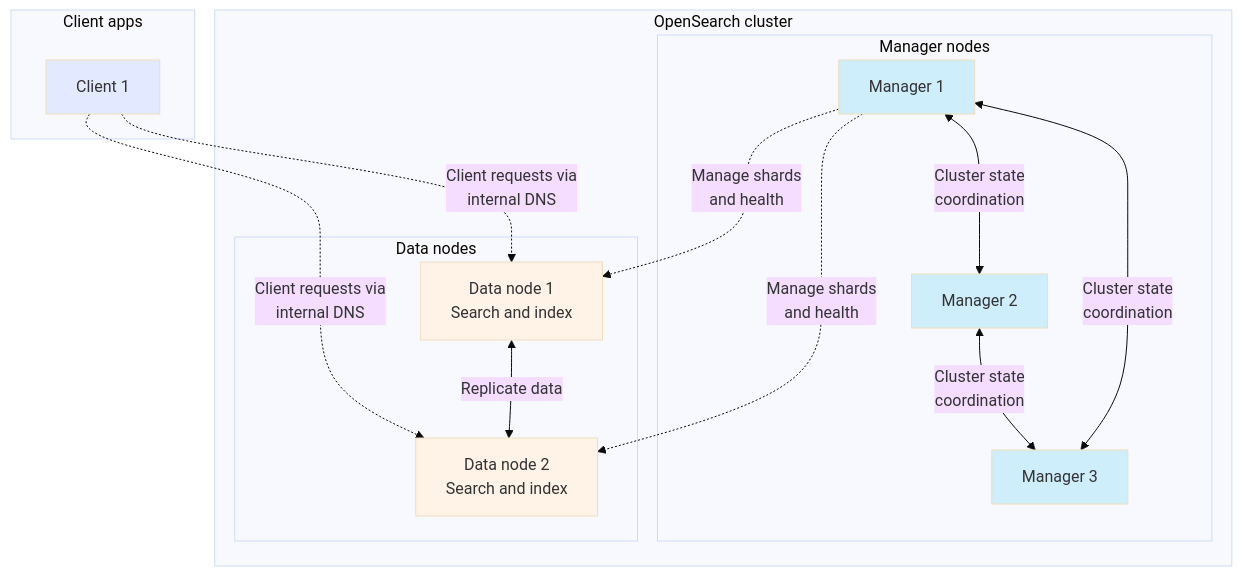
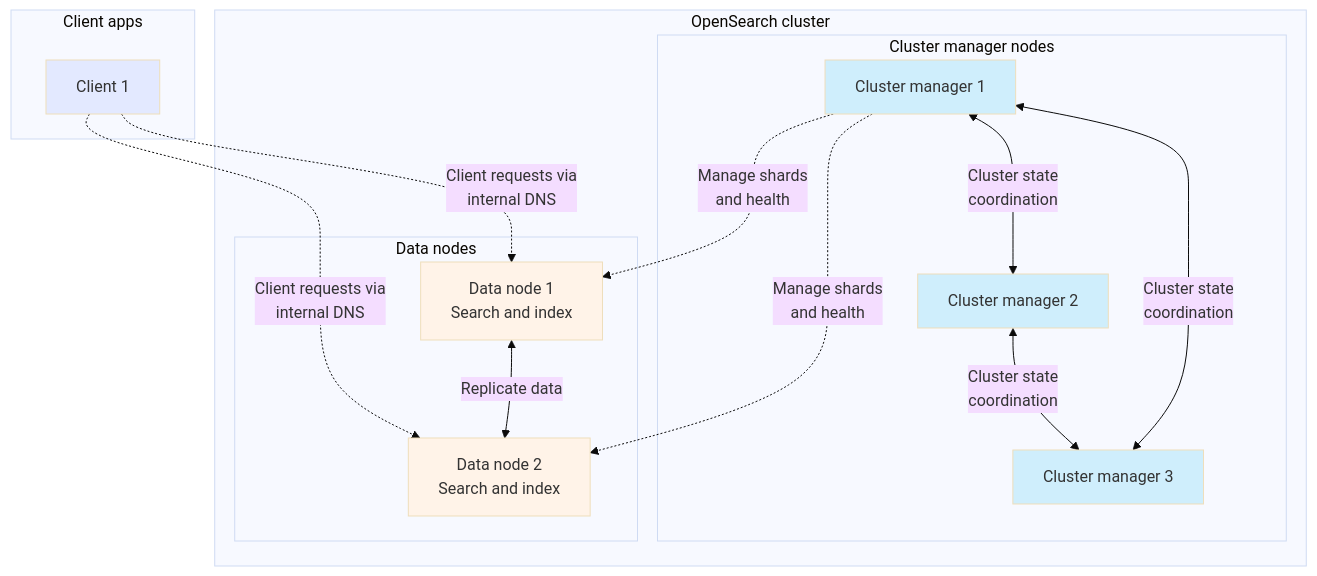
Before and after one commit to aiven/aiven-docs: the diagram in docs/products/opensearch/concepts/dedicated-node-roles.md, drawn with Mermaid (base theme). The commit also changed other lines of this file, not shown here.

````diff
--- a/docs/products/opensearch/concepts/dedicated-node-roles.md
+++ b/docs/products/opensearch/concepts/dedicated-node-roles.md
@@ -48,38 +54,38 @@
 ```mermaid
 graph TB
     subgraph "Client apps"
         C1[Client 1]
     end
 
     subgraph "OpenSearch cluster"
-        subgraph "Manager nodes"
-            CM1[Manager 1]
-            CM2[Manager 2]
-            CM3[Manager 3]
+        subgraph "Cluster manager nodes"
+            CM1[Cluster manager 1]
+            CM2[Cluster manager 2]
+            CM3[Cluster manager 3]
         end
 
         subgraph "Data nodes"
             DN1[Data node 1<br/>Search and index]
             DN2[Data node 2<br/>Search and index]
         end
     end
 
     C1 -.->|Client requests via<br/>internal DNS| DN1
     C1 -.->|Client requests via<br/>internal DNS| DN2
 
     CM1 <-->|Cluster state<br/>coordination| CM2
     CM2 <-->|Cluster state<br/>coordination| CM3
     CM3 <-->|Cluster state<br/>coordination| CM1
 
     CM1 -.->|Manage shards<br/>and health| DN1
     CM1 -.->|Manage shards<br/>and health| DN2
 
     DN1 <-->|Replicate data| DN2
 
     style C1 fill:#e3e9ff
     style CM1 fill:#cfeefc
     style CM2 fill:#cfeefc
     style CM3 fill:#cfeefc
     style DN1 fill:#fff3e8
     style DN2 fill:#fff3e8
 ```
````
